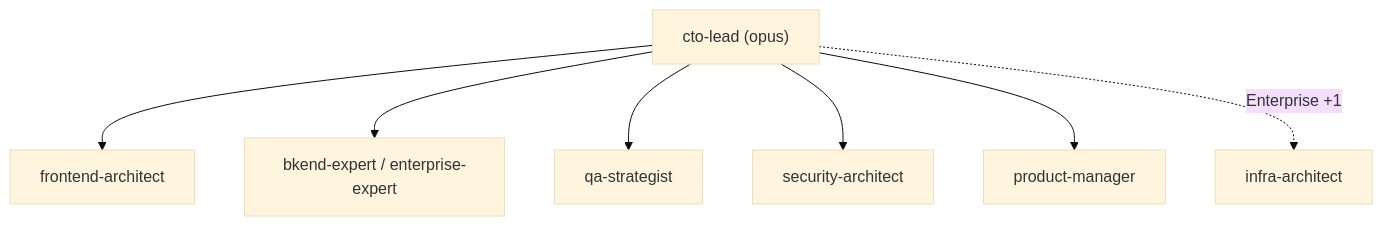
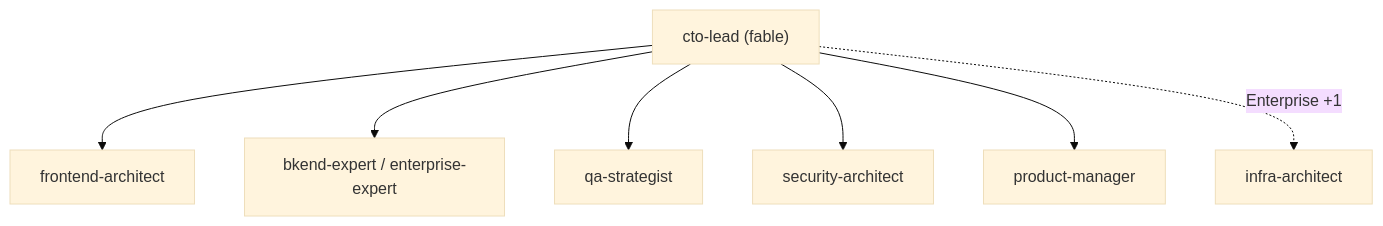
The seventh of 11 diagrams in README-FULL.md (popup-studio-ai/bkit-claude-code), drawn with Mermaid (base theme) before and after one commit. The commit also changed other lines of this file and 88 other files, not shown here.

````diff
--- a/README-FULL.md
+++ b/README-FULL.md
@@ -608,10 +608,10 @@
 ```mermaid
 flowchart TB
-    CTO["cto-lead (opus)"]
+    CTO["cto-lead (fable)"]
     CTO --> FE["frontend-architect"]
     CTO --> BE["bkend-expert / enterprise-expert"]
     CTO --> QA["qa-strategist"]
     CTO --> SEC["security-architect"]
     CTO --> PM["product-manager"]
     CTO -. "Enterprise +1" .-> Arch["infra-architect"]
 ```
````
